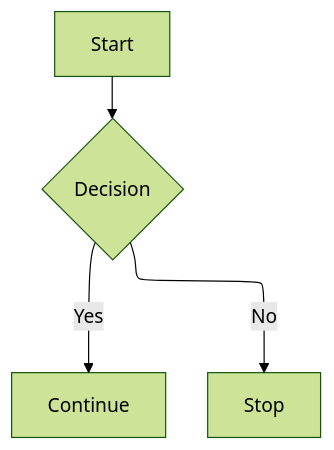
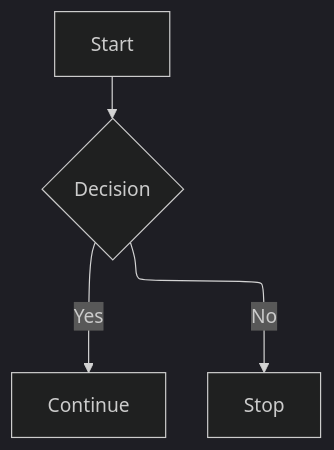
Before and after one commit to mermaid-js/mermaid: the third of 3 diagrams in docs/intro/syntax-reference.md, drawn with Mermaid. The commit also changed other lines of this file and 1 other file, not shown here.

````diff
--- a/docs/intro/syntax-reference.md
+++ b/docs/intro/syntax-reference.md
@@ -158,12 +158,12 @@
 ```mermaid
 ---
 config:
   layout: elk
   look: handdrawn
-  theme: forest
+  theme: dark
 ---
 flowchart TB
   A[Start] --> B{Decision}
   B -->|Yes| C[Continue]
   B -->|No| D[Stop]
 ```
````
